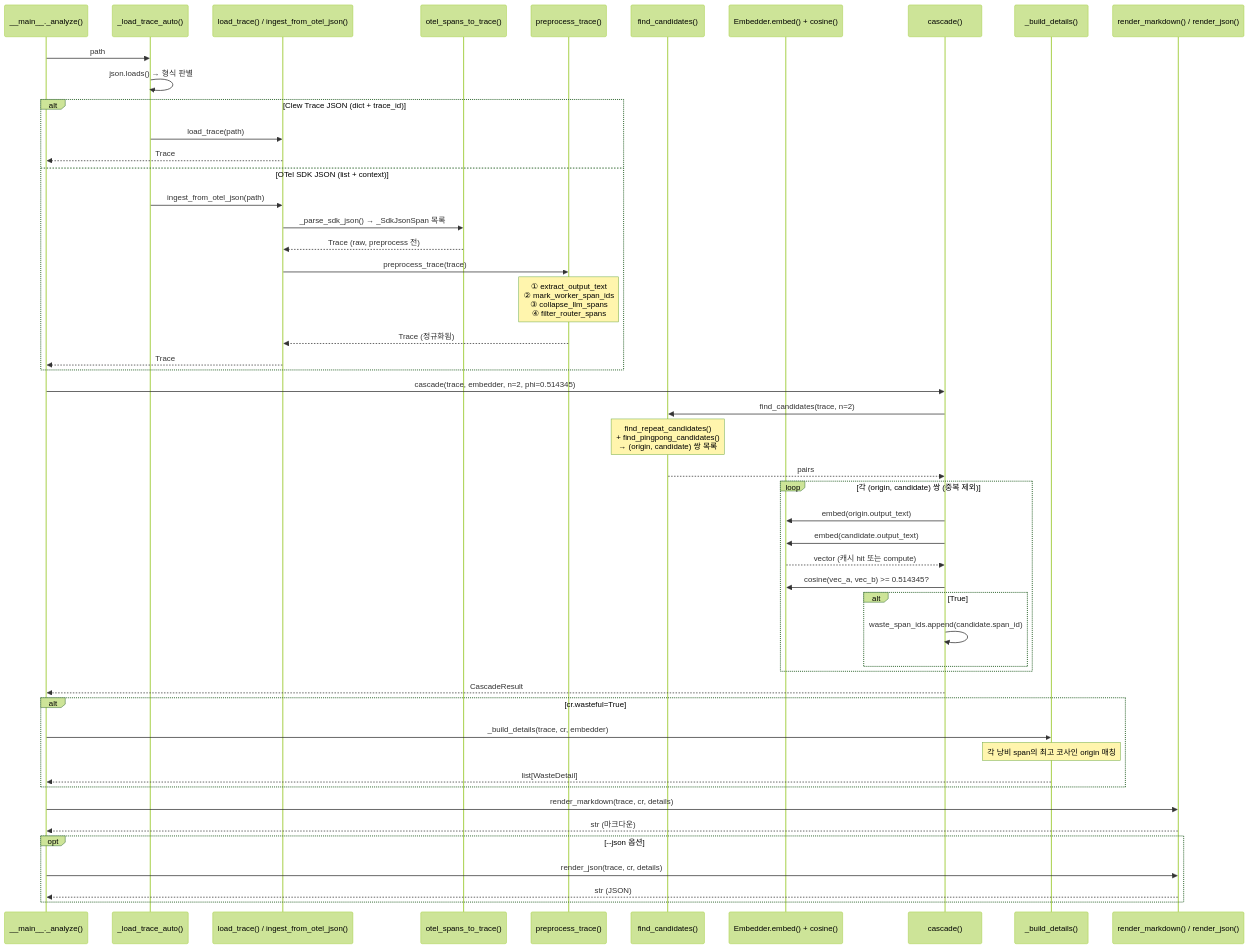
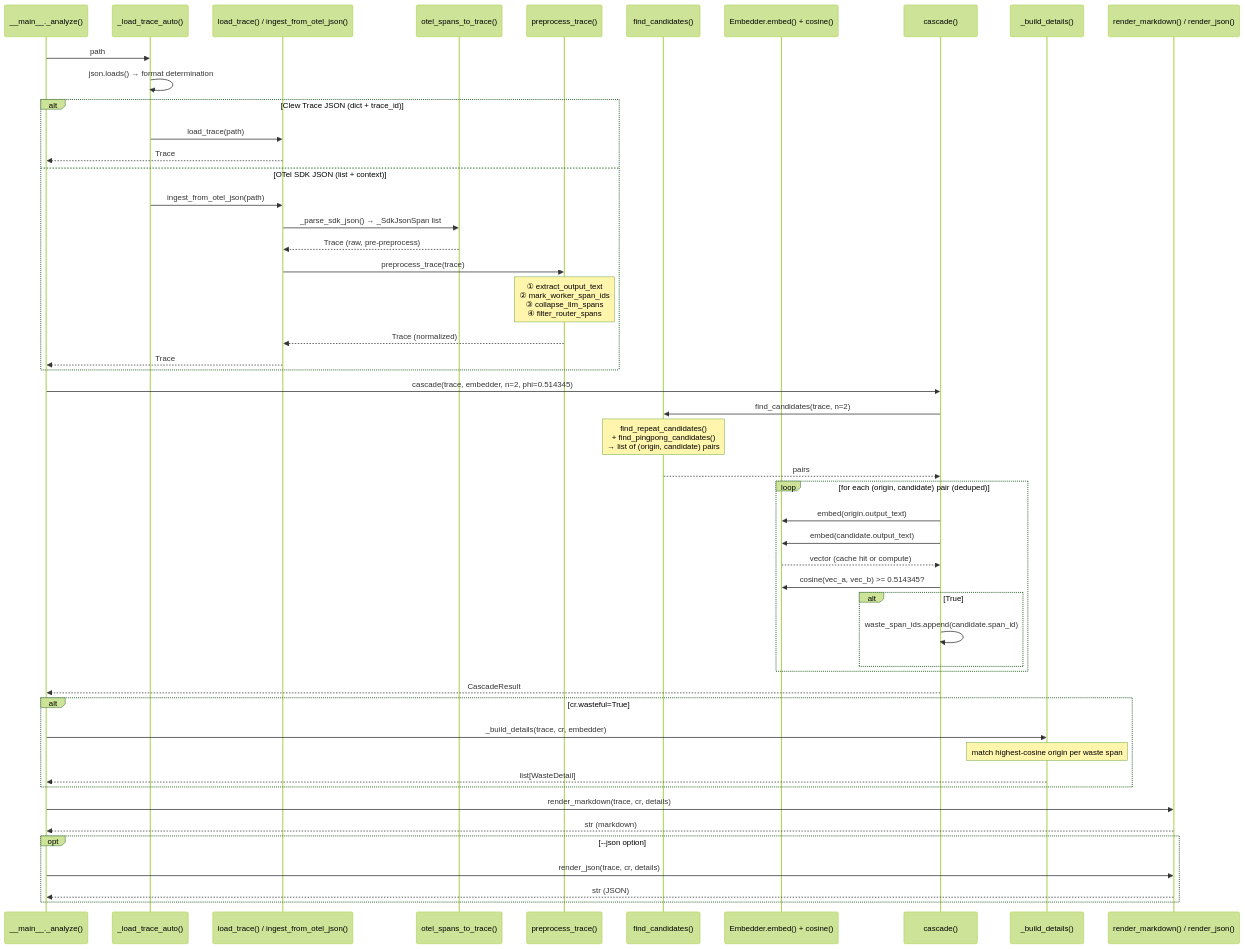
Before and after one commit to JEONSEWON/Clew-by-Custos: the second of 2 diagrams in docs/ARCHITECTURE.md, drawn with Mermaid (forest theme). The commit also changed other lines of this file and 5 other files, not shown here.

Commit message:
docs: translate all internal logs to English (PATTERNS, REDUNDANCY_BENCH, HANDOFF, TOOLATHLON, CC_TRANSCRIPT, ARCHITECTURE)

````diff
--- a/docs/ARCHITECTURE.md
+++ b/docs/ARCHITECTURE.md
@@ -637,58 +692,57 @@
 ```mermaid
 sequenceDiagram
     participant CLI as __main__._analyze()
     participant Load as _load_trace_auto()
     participant IO as load_trace() / ingest_from_otel_json()
     participant OTel as otel_spans_to_trace()
     participant Pre as preprocess_trace()
     participant Struct as find_candidates()
     participant Sem as Embedder.embed() + cosine()
     participant Cas as cascade()
     participant Det as _build_details()
     participant Rep as render_markdown() / render_json()
 
     CLI->>Load: path
-    Load->>Load: json.loads() → 형식 판별
+    Load->>Load: json.loads() → format determination
     alt Clew Trace JSON (dict + trace_id)
         Load->>IO: load_trace(path)
         IO-->>CLI: Trace
     else OTel SDK JSON (list + context)
         Load->>IO: ingest_from_otel_json(path)
-        IO->>OTel: _parse_sdk_json() → _SdkJsonSpan 목록
-        OTel-->>IO: Trace (raw, preprocess 전)
+        IO->>OTel: _parse_sdk_json() → _SdkJsonSpan list
+        OTel-->>IO: Trace (raw, pre-preprocess)
         IO->>Pre: preprocess_trace(trace)
         Note over Pre: ① extract_output_text<br/>② mark_worker_span_ids<br/>③ collapse_llm_spans<br/>④ filter_router_spans
-        Pre-->>IO: Trace (정규화됨)
+        Pre-->>IO: Trace (normalized)
         IO-->>CLI: Trace
     end
 
     CLI->>Cas: cascade(trace, embedder, n=2, phi=0.514345)
     Cas->>Struct: find_candidates(trace, n=2)
-    Note over Struct: find_repeat_candidates()<br/>+ find_pingpong_candidates()<br/>→ (origin, candidate) 쌍 목록
+    Note over Struct: find_repeat_candidates()<br/>+ find_pingpong_candidates()<br/>→ list of (origin, candidate) pairs
     Struct-->>Cas: pairs
 
-    loop 각 (origin, candidate) 쌍 (중복 제외)
+    loop for each (origin, candidate) pair (deduped)
         Cas->>Sem: embed(origin.output_text)
         Cas->>Sem: embed(candidate.output_text)
-        Sem-->>Cas: vector (캐시 hit 또는 compute)
+        Sem-->>Cas: vector (cache hit or compute)
         Cas->>Sem: cosine(vec_a, vec_b) >= 0.514345?
         alt True
             Cas->>Cas: waste_span_ids.append(candidate.span_id)
         end
     end
-
     Cas-->>CLI: CascadeResult
 
     alt cr.wasteful=True
         CLI->>Det: _build_details(trace, cr, embedder)
-        Note over Det: 각 낭비 span의 최고 코사인 origin 매칭
+        Note over Det: match highest-cosine origin per waste span
         Det-->>CLI: list[WasteDetail]
     end
 
     CLI->>Rep: render_markdown(trace, cr, details)
-    Rep-->>CLI: str (마크다운)
-    opt --json 옵션
+    Rep-->>CLI: str (markdown)
+    opt --json option
         CLI->>Rep: render_json(trace, cr, details)
         Rep-->>CLI: str (JSON)
     end
 ```
````
